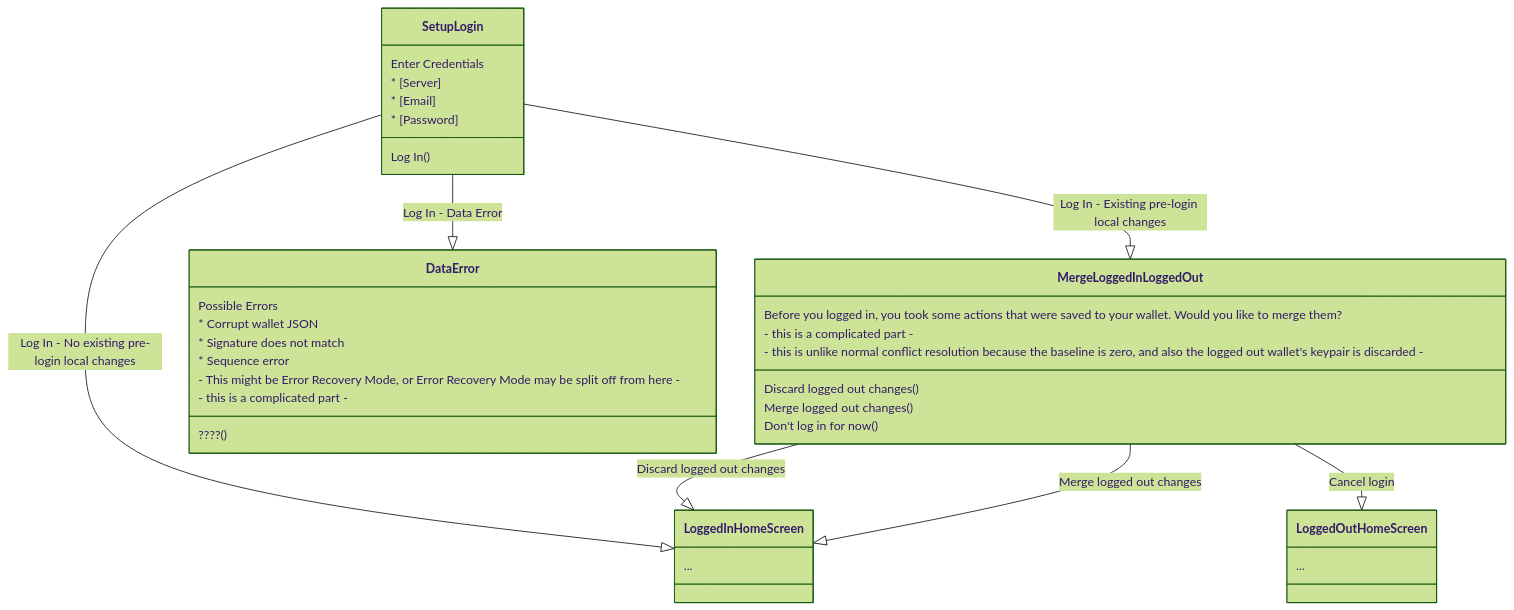
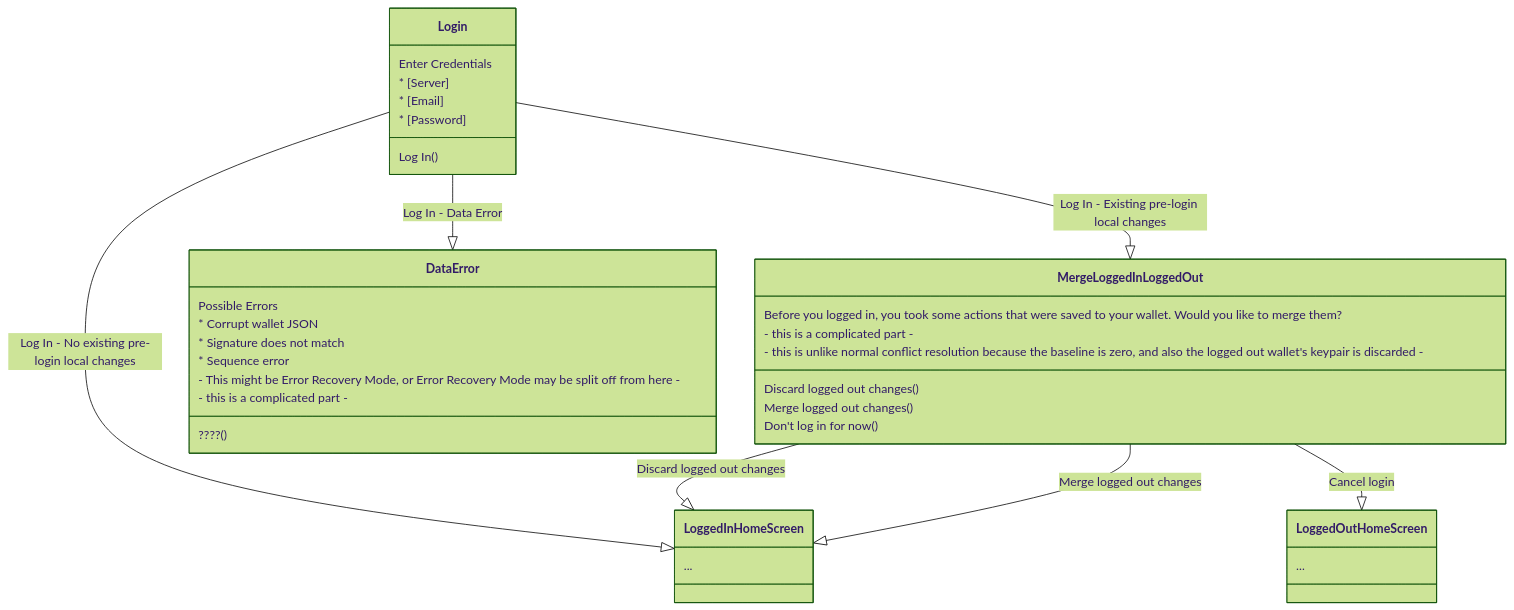
One commit to orblivion/lbry-wallet-sync-draft changed the second of 7 diagrams in spec/user-flows.md. Above: the diagram before and after it, drawn with Mermaid (forest theme). The commit also changed other lines of this file, not shown here.

Commit message:
SetupLogin->Login

````diff
--- a/spec/user-flows.md
+++ b/spec/user-flows.md
@@ -95,35 +95,35 @@
 ```mermaid
 classDiagram
 
-SetupLogin --|> MergeLoggedInLoggedOut : Log In - Existing pre-login local changes
-SetupLogin --|> DataError : Log In - Data Error
-SetupLogin --|> LoggedInHomeScreen : Log In - No existing pre-login local changes
+Login --|> MergeLoggedInLoggedOut : Log In - Existing pre-login local changes
+Login --|> DataError : Log In - Data Error
+Login --|> LoggedInHomeScreen : Log In - No existing pre-login local changes
 
 MergeLoggedInLoggedOut --|> LoggedInHomeScreen : Discard logged out changes
 MergeLoggedInLoggedOut --|> LoggedInHomeScreen : Merge logged out changes
 MergeLoggedInLoggedOut --|> LoggedOutHomeScreen : Cancel login
 
 LoggedInHomeScreen : ...
 LoggedOutHomeScreen : ...
 
 MergeLoggedInLoggedOut : Before you logged in, you took some actions that were saved to your wallet. Would you like to merge them?
 MergeLoggedInLoggedOut : - this is a complicated part -
 MergeLoggedInLoggedOut : - this is unlike normal conflict resolution because the baseline is zero, and also the logged out wallet's keypair is discarded -
 MergeLoggedInLoggedOut : Discard logged out changes()
 MergeLoggedInLoggedOut : Merge logged out changes()
 MergeLoggedInLoggedOut : Don't log in for now()
 
 DataError : Possible Errors
 DataError : * Corrupt wallet JSON
 DataError : * Signature does not match
 DataError : * Sequence error
 DataError : - This might be Error Recovery Mode, or Error Recovery Mode may be split off from here -
 DataError : - this is a complicated part -
 DataError : ????()
 
-SetupLogin : Enter Credentials
-SetupLogin : * [Server]
-SetupLogin : * [Email]
-SetupLogin : * [Password]
-SetupLogin : Log In()
+Login : Enter Credentials
+Login : * [Server]
+Login : * [Email]
+Login : * [Password]
+Login : Log In()
 ```
````
